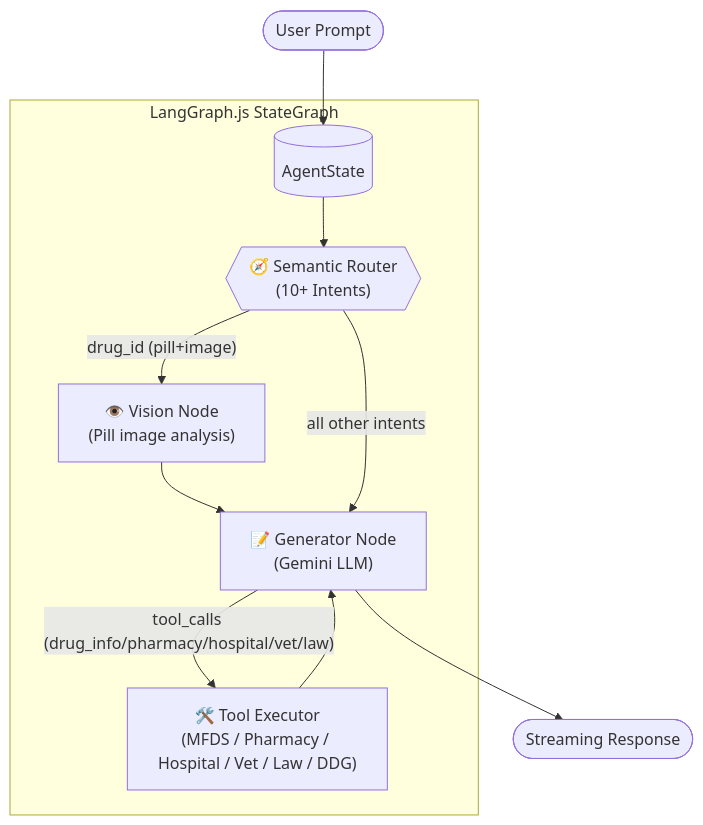
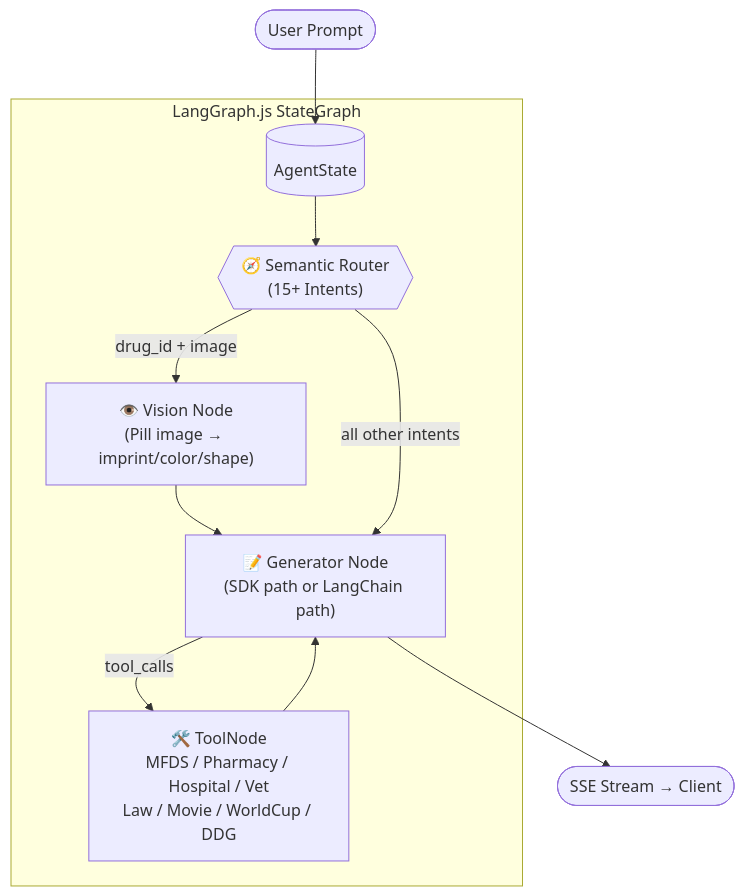
The first of 5 diagrams in docs/guide/REF_Architecture.md (jpjp92/chat-agent), drawn with Mermaid before and after one commit. The commit also changed other lines of this file and 5 other files, not shown here.

````diff
--- a/docs/guide/REF_Architecture.md
+++ b/docs/guide/REF_Architecture.md
@@ -12,20 +12,20 @@
 ```mermaid
 flowchart TB
     User([User Prompt])
 
     subgraph StateGraph ["LangGraph.js StateGraph"]
-        StateNode[("AgentState")]
-        RouterNode{{"🧭 Semantic Router\n(10+ Intents)"}}
-        Vision["👁️ Vision Node\n(Pill image analysis)"]
-        Tools["🛠️ Tool Executor\n(MFDS / Pharmacy / Hospital / Vet / Law / DDG)"]
-        Generator["📝 Generator Node\n(Gemini LLM)"]
+        State[("AgentState")]
+        Router{{"🧭 Semantic Router\n(15+ Intents)"}}
+        Vision["👁️ Vision Node\n(Pill image → imprint/color/shape)"]
+        Generator["📝 Generator Node\n(SDK path or LangChain path)"]
+        Tools["🛠️ ToolNode\nMFDS / Pharmacy / Hospital / Vet\nLaw / Movie / WorldCup / DDG"]
     end
 
-    Output([Streaming Response])
+    Output([SSE Stream → Client])
 
-    User --> StateNode --> RouterNode
-    RouterNode -- "drug_id (pill+image)" --> Vision --> Generator
-    RouterNode -- "all other intents" --> Generator
-    Generator -- "tool_calls (drug_info/pharmacy/hospital/vet/law)" --> Tools --> Generator
+    User --> State --> Router
+    Router -- "drug_id + image" --> Vision --> Generator
+    Router -- "all other intents" --> Generator
+    Generator -- "tool_calls" --> Tools --> Generator
     Generator --> Output
 ```
````
